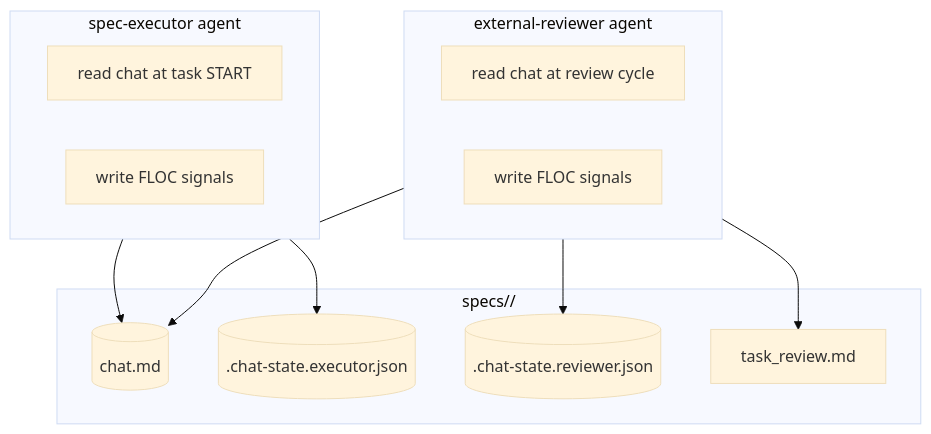
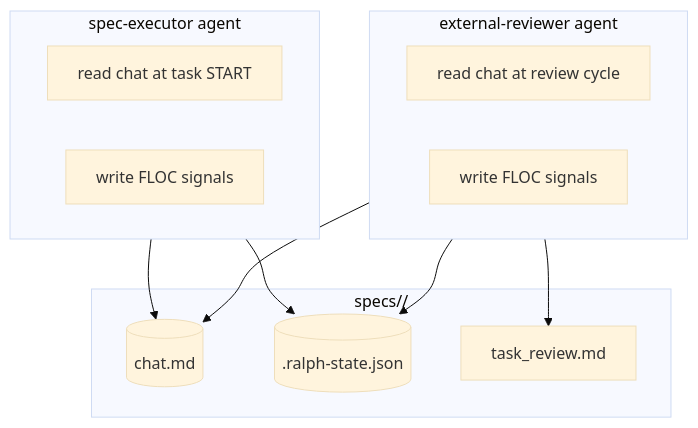
The first of 3 diagrams in specs/agent-chat-protocol/design.md (informatico-madrid/smart-ralph), drawn with Mermaid (base theme) before and after one commit. The commit also changed other lines of this file, not shown here.

First line of the commit message:
fix(design): update architecture diagram to use .ralph-state.json

````diff
--- a/specs/agent-chat-protocol/design.md
+++ b/specs/agent-chat-protocol/design.md
@@ -17,22 +17,21 @@
 ```mermaid
 graph TB
     subgraph SpecDirectory["specs/<specName>/"]
         chat[("chat.md")]
-        chatStateExec[(".chat-state.executor.json")]
-        chatStateReview[(".chat-state.reviewer.json")]
+        ralphState[(".ralph-state.json")]
         taskReview["task_review.md"]
     end
     subgraph Executor["spec-executor agent"]
         execRead["read chat at task START"]
         execWrite["write FLOC signals"]
     end
     subgraph Reviewer["external-reviewer agent"]
         reviewRead["read chat at review cycle"]
         reviewWrite["write FLOC signals"]
     end
     Executor --> chat
-    Executor --> chatStateExec
+    Executor --> ralphState
     Reviewer --> chat
-    Reviewer --> chatStateReview
+    Reviewer --> ralphState
     Reviewer --> taskReview
 ```
````
